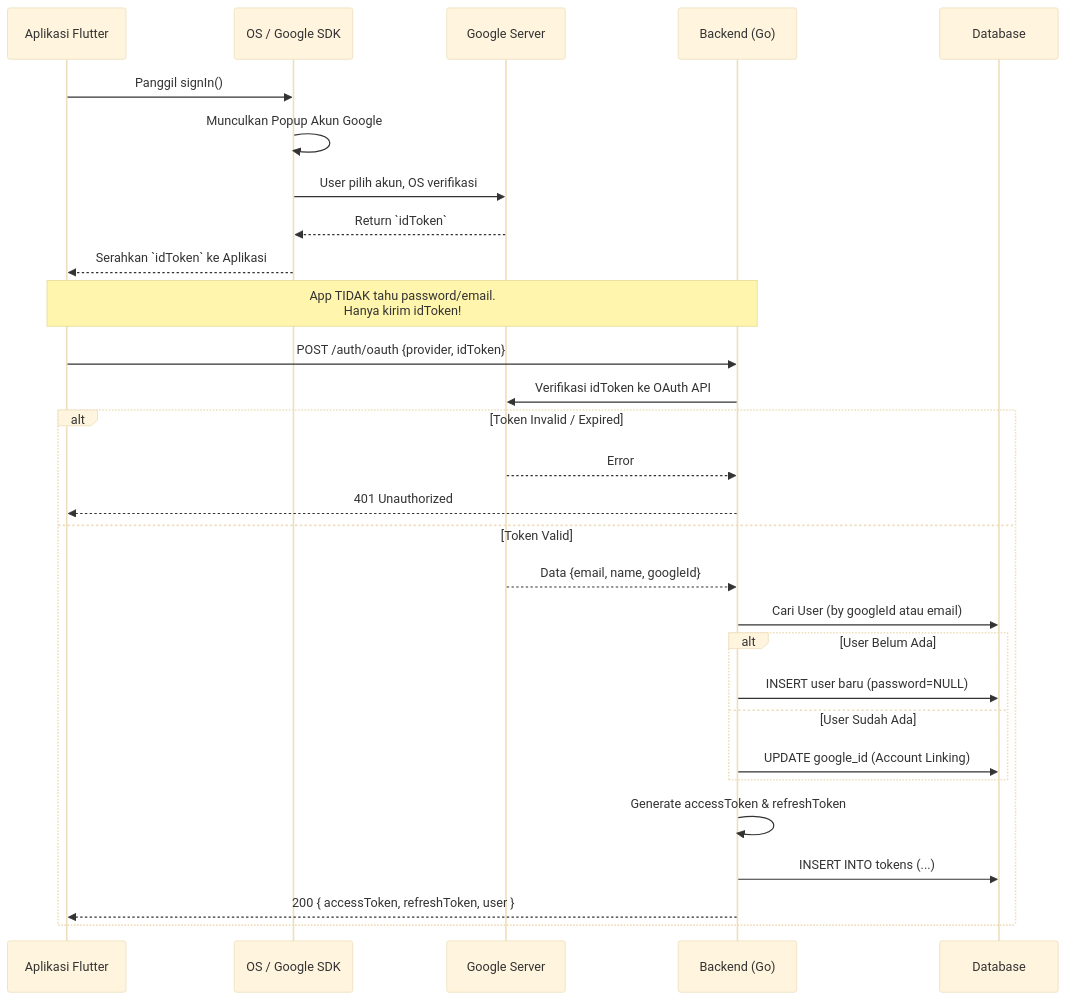
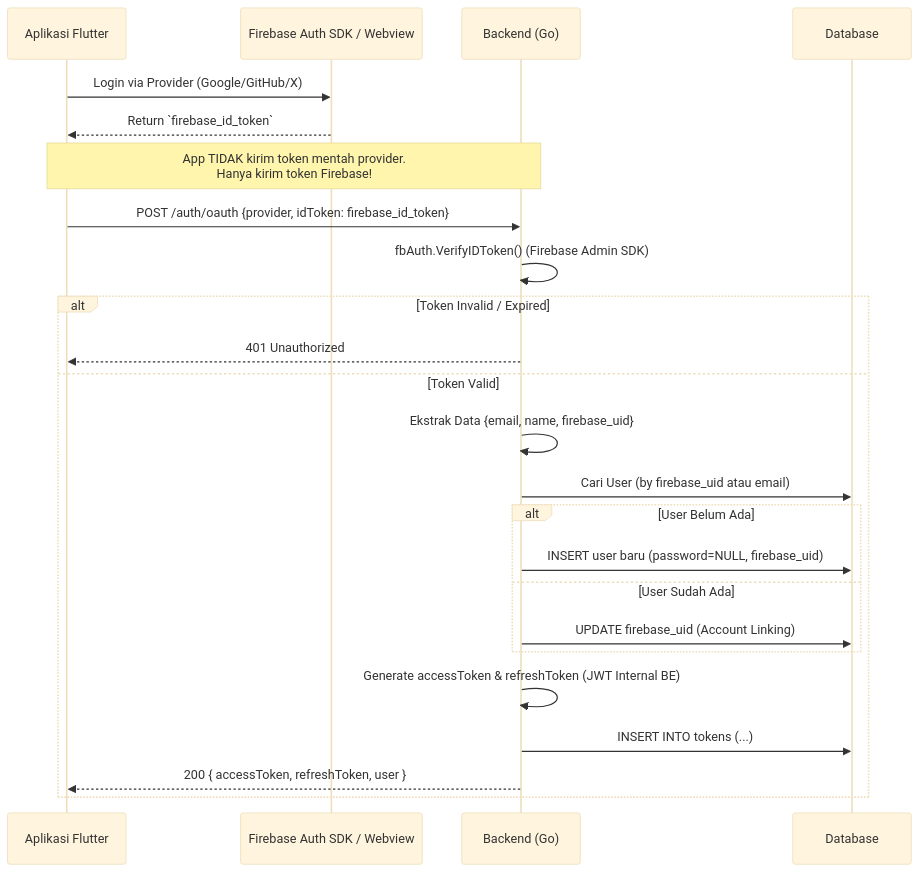
One commit to nunutech40/open-api-free-news changed the third of 6 diagrams in docs/AUTH.md. Above: the diagram before and after it, drawn with Mermaid (base theme). The commit also changed other lines of this file and 5 other files, not shown here.

Commit message:
feat(auth): unified firebase social login with github and twitter support

````diff
--- a/docs/AUTH.md
+++ b/docs/AUTH.md
@@ -104,36 +104,31 @@
 ```mermaid
 sequenceDiagram
     participant App as Aplikasi Flutter
-    participant OS as OS / Google SDK
-    participant Google as Google Server
+    participant FB as Firebase Auth SDK / Webview
     participant BE as Backend (Go)
     participant DB as Database
 
-    App->>OS: Panggil signIn()
-    OS->>OS: Munculkan Popup Akun Google
-    OS->>Google: User pilih akun, OS verifikasi
-    Google-->>OS: Return `idToken`
-    OS-->>App: Serahkan `idToken` ke Aplikasi
+    App->>FB: Login via Provider (Google/GitHub/X)
+    FB-->>App: Return `firebase_id_token`
     
-    Note over App, BE: App TIDAK tahu password/email.<br/>Hanya kirim idToken!
-    App->>BE: POST /auth/oauth {provider, idToken}
-    BE->>Google: Verifikasi idToken ke OAuth API
+    Note over App, BE: App TIDAK kirim token mentah provider.<br/>Hanya kirim token Firebase!
+    App->>BE: POST /auth/oauth {provider, idToken: firebase_id_token}
+    BE->>BE: fbAuth.VerifyIDToken() (Firebase Admin SDK)
     
     alt Token Invalid / Expired
-        Google-->>BE: Error
         BE-->>App: 401 Unauthorized
     else Token Valid
-        Google-->>BE: Data {email, name, googleId}
-        BE->>DB: Cari User (by googleId atau email)
+        BE->>BE: Ekstrak Data {email, name, firebase_uid}
+        BE->>DB: Cari User (by firebase_uid atau email)
         
         alt User Belum Ada
-            BE->>DB: INSERT user baru (password=NULL)
+            BE->>DB: INSERT user baru (password=NULL, firebase_uid)
         else User Sudah Ada
-            BE->>DB: UPDATE google_id (Account Linking)
+            BE->>DB: UPDATE firebase_uid (Account Linking)
         end
         
-        BE->>BE: Generate accessToken & refreshToken
+        BE->>BE: Generate accessToken & refreshToken (JWT Internal BE)
         BE->>DB: INSERT INTO tokens (...)
         BE-->>App: 200 { accessToken, refreshToken, user }
     end
 ```
````
